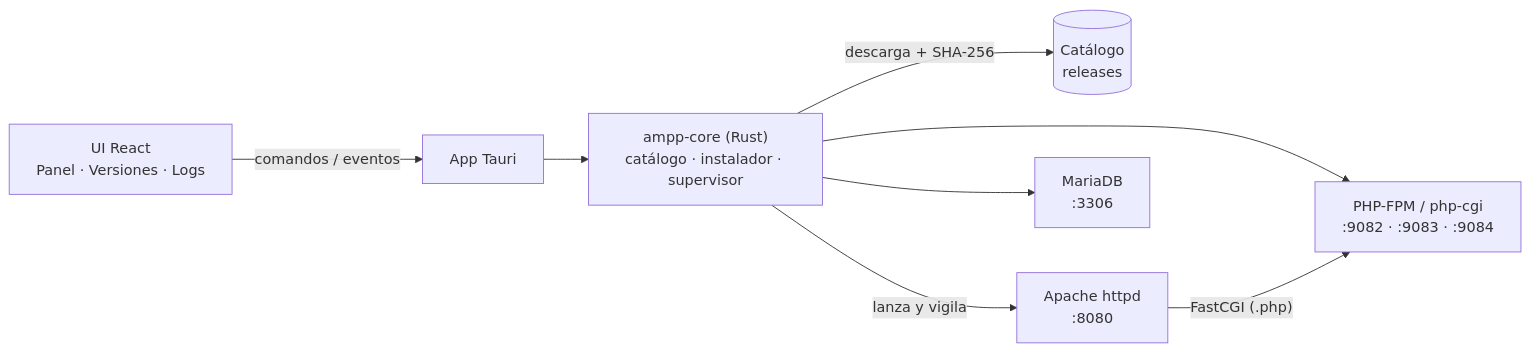
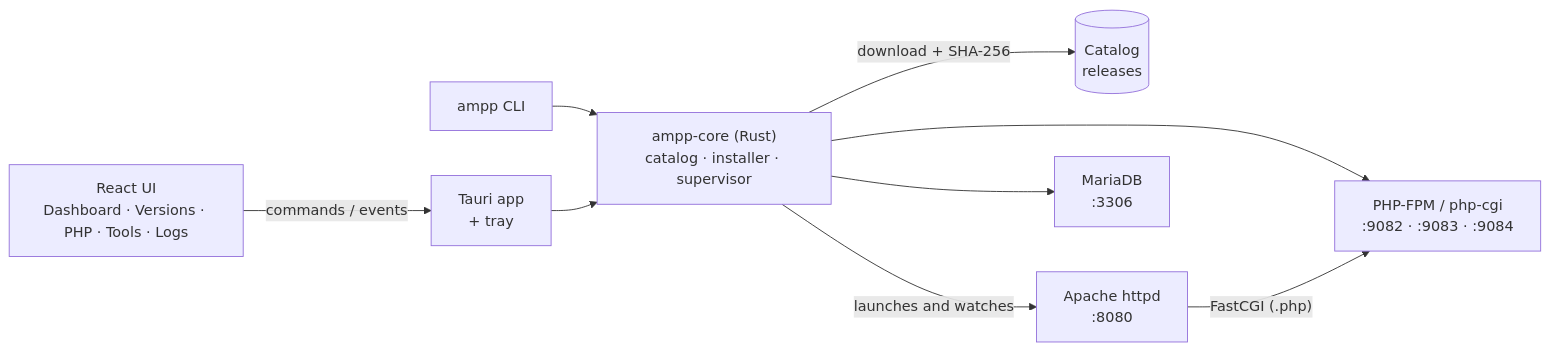
The diagram in README.md (Jmzp/open-ampp), drawn with Mermaid before and after one commit. The commit also changed other lines of this file and 65 other files, not shown here.

First line of the commit message:
Polish and distribution: tray, XAMPP-style PHP, phpMyAdmin, Composer, ampp CLI, i18n and installers

````diff
--- a/README.md
+++ b/README.md
@@ -64,10 +112,11 @@
 ```mermaid
 flowchart LR
-    UI["UI React<br/>Panel · Versiones · Logs"] -- "comandos / eventos" --> T["App Tauri"]
-    T --> C["ampp-core (Rust)<br/>catálogo · instalador · supervisor"]
-    C -- "descarga + SHA-256" --> R[("Catálogo<br/>releases")]
-    C -- "lanza y vigila" --> A["Apache httpd<br/>:8080"]
+    UI["React UI<br/>Dashboard · Versions · PHP · Tools · Logs"] -- "commands / events" --> T["Tauri app<br/>+ tray"]
+    CLI["ampp CLI"] --> C
+    T --> C["ampp-core (Rust)<br/>catalog · installer · supervisor"]
+    C -- "download + SHA-256" --> R[("Catalog<br/>releases")]
+    C -- "launches and watches" --> A["Apache httpd<br/>:8080"]
     C --> P["PHP-FPM / php-cgi<br/>:9082 · :9083 · :9084"]
     C --> M["MariaDB<br/>:3306"]
     A -- "FastCGI (.php)" --> P
 ```
````
